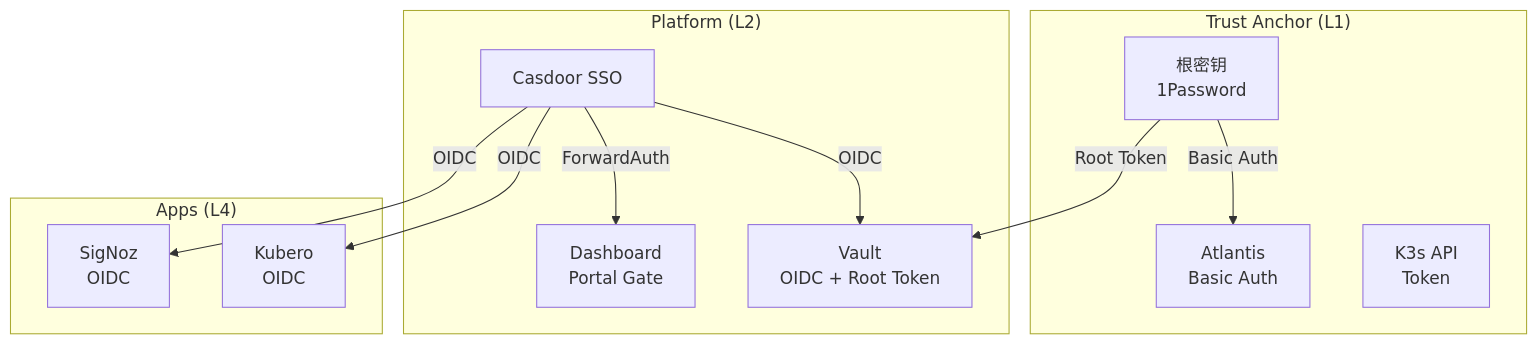
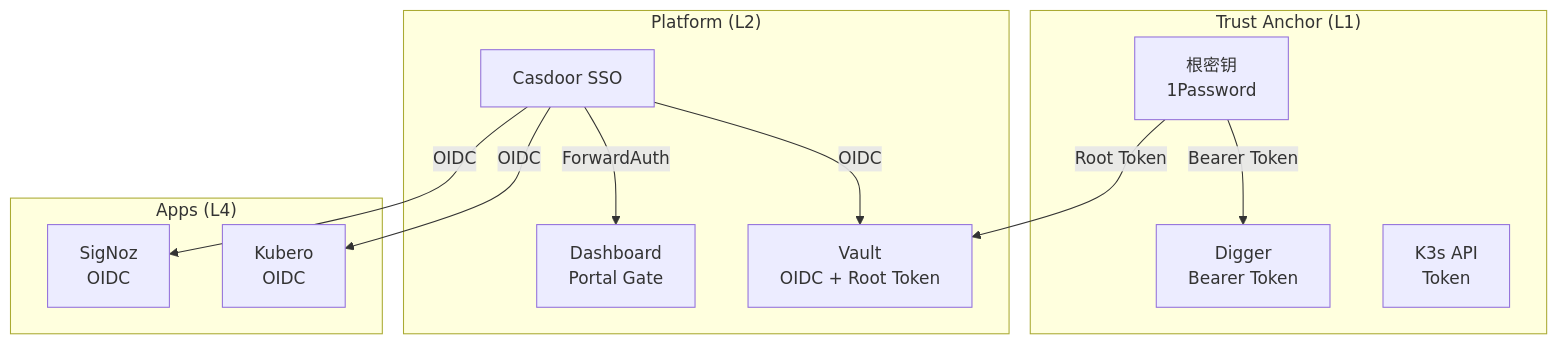
One commit to wangzitian0/infra changed the diagram in docs/ssot/platform.auth.md. Above: the diagram before and after it, drawn with Mermaid. The commit also changed other lines of this file and 10 other files, not shown here.

First line of the commit message:
docs: cleanup Atlantis remnants and finalize Digger/SSOT migration (#469)

````diff
--- a/docs/ssot/platform.auth.md
+++ b/docs/ssot/platform.auth.md
@@ -30,27 +30,27 @@
 ```mermaid
 graph TD
     subgraph "Trust Anchor (L1)"
         ROOT[根密钥<br/>1Password]
-        B_ATLANTIS[Atlantis<br/>Basic Auth]
+        B_DIGGER[Digger<br/>Bearer Token]
         B_K3S[K3s API<br/>Token]
     end
 
     subgraph "Platform (L2)"
         SSO[Casdoor SSO]
         VAULT[Vault<br/>OIDC + Root Token]
         DASH[Dashboard<br/>Portal Gate]
     end
 
     subgraph "Apps (L4)"
         KUBERO[Kubero<br/>OIDC]
         SIGNOZ[SigNoz<br/>OIDC]
     end
 
-    ROOT -->|Basic Auth| B_ATLANTIS
+    ROOT -->|Bearer Token| B_DIGGER
     ROOT -->|Root Token| VAULT
     
     SSO -->|OIDC| VAULT
     SSO -->|ForwardAuth| DASH
     SSO -->|OIDC| KUBERO
     SSO -->|OIDC| SIGNOZ
 ```
````
